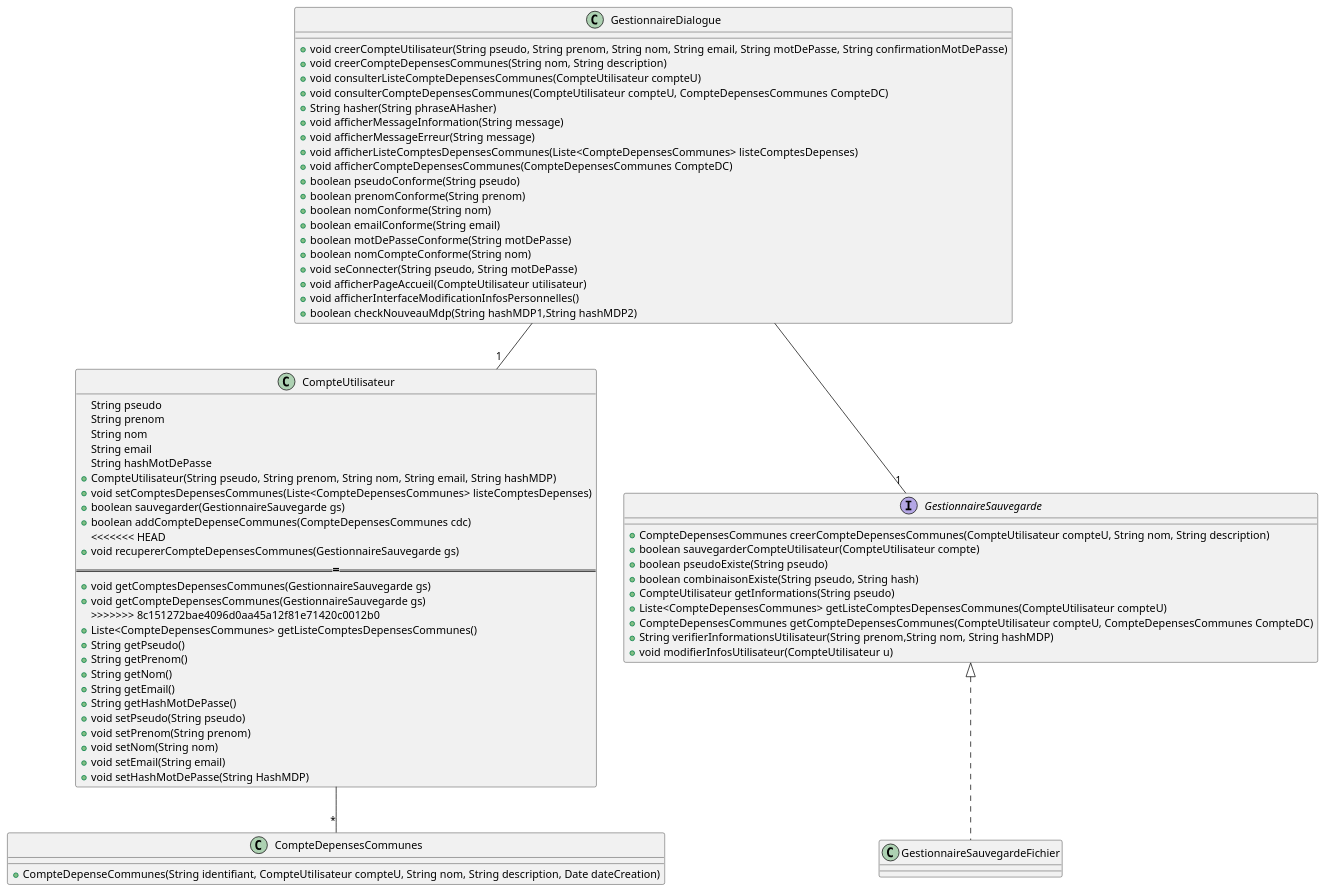
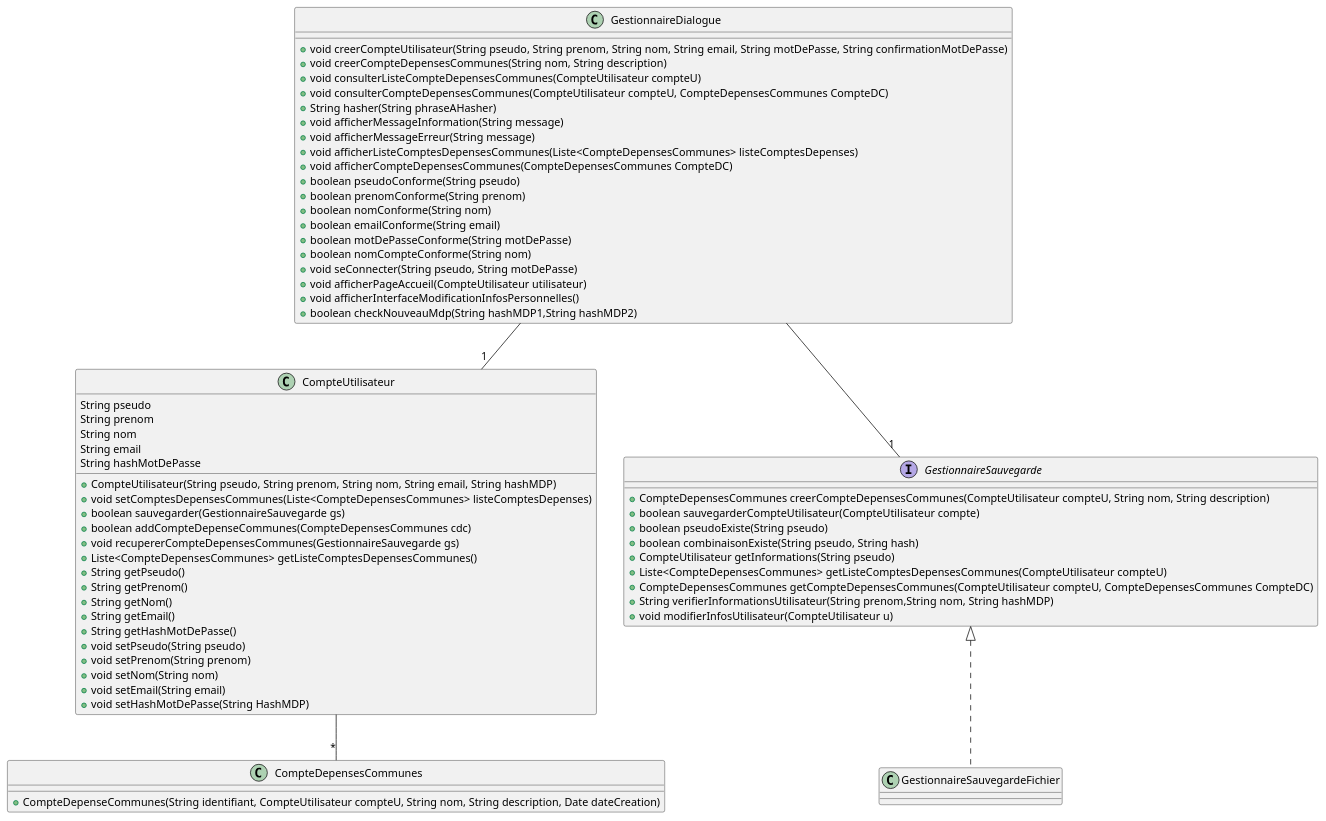
Before and after one commit to lmtb06/sharecount: the diagram in diagrammes/conception/classes.puml, drawn with PlantUML.

Commit message:
Diagramme de classes

```diff
--- a/diagrammes/conception/classes.puml
+++ b/diagrammes/conception/classes.puml
@@ -1,75 +1,70 @@
 @startuml Classes
 
 	class GestionnaireDialogue {
 		+void creerCompteUtilisateur(String pseudo, String prenom, String nom, String email, String motDePasse, String confirmationMotDePasse)
 		+void creerCompteDepensesCommunes(String nom, String description)
 		+void consulterListeCompteDepensesCommunes(CompteUtilisateur compteU)
 		+void consulterCompteDepensesCommunes(CompteUtilisateur compteU, CompteDepensesCommunes CompteDC)
 		+String hasher(String phraseAHasher)
 		+void afficherMessageInformation(String message)
 		+void afficherMessageErreur(String message)
 		+void afficherListeComptesDepensesCommunes(Liste<CompteDepensesCommunes> listeComptesDepenses)
 		+void afficherCompteDepensesCommunes(CompteDepensesCommunes CompteDC)
 		+boolean pseudoConforme(String pseudo)
 		+boolean prenomConforme(String prenom)
 		+boolean nomConforme(String nom)
 		+boolean emailConforme(String email)
 		+boolean motDePasseConforme(String motDePasse)
 		+boolean nomCompteConforme(String nom)
 		+void seConnecter(String pseudo, String motDePasse)
 		+void afficherPageAccueil(CompteUtilisateur utilisateur)
 		+void afficherInterfaceModificationInfosPersonnelles()
 		+boolean checkNouveauMdp(String hashMDP1,String hashMDP2)
 	}
 	GestionnaireDialogue --"1" CompteUtilisateur
 	GestionnaireDialogue --"1" GestionnaireSauvegarde
 
 	interface GestionnaireSauvegarde {
 		+CompteDepensesCommunes creerCompteDepensesCommunes(CompteUtilisateur compteU, String nom, String description)
 		+boolean sauvegarderCompteUtilisateur(CompteUtilisateur compte)
 		+boolean pseudoExiste(String pseudo)
 		+boolean combinaisonExiste(String pseudo, String hash)
 		+CompteUtilisateur getInformations(String pseudo)
 		+Liste<CompteDepensesCommunes> getListeComptesDepensesCommunes(CompteUtilisateur compteU)
 		+CompteDepensesCommunes getCompteDepensesCommunes(CompteUtilisateur compteU, CompteDepensesCommunes CompteDC)
 		+String verifierInformationsUtilisateur(String prenom,String nom, String hashMDP)
 		+void modifierInfosUtilisateur(CompteUtilisateur u)
 	}
 
 	class GestionnaireSauvegardeFichier implements GestionnaireSauvegarde {
 
 	}
 	class CompteUtilisateur {
 		String pseudo
 		String prenom
 		String nom
 		String email
 		String hashMotDePasse
 		+CompteUtilisateur(String pseudo, String prenom, String nom, String email, String hashMDP)
 		+void setComptesDepensesCommunes(Liste<CompteDepensesCommunes> listeComptesDepenses)
 		+boolean sauvegarder(GestionnaireSauvegarde gs)
 		+boolean addCompteDepenseCommunes(CompteDepensesCommunes cdc)
-<<<<<<< HEAD
 		+void recupererCompteDepensesCommunes(GestionnaireSauvegarde gs)
-=======
-		+void getComptesDepensesCommunes(GestionnaireSauvegarde gs)
-		+void getCompteDepensesCommunes(GestionnaireSauvegarde gs)
->>>>>>> 8c151272bae4096d0aa45a12f81e71420c0012b0
 		+Liste<CompteDepensesCommunes> getListeComptesDepensesCommunes()
 		+String getPseudo()
 		+String getPrenom()
 		+String getNom()
 		+String getEmail()
 		+String getHashMotDePasse()
 		+void setPseudo(String pseudo)
 		+void setPrenom(String prenom)
 		+void setNom(String nom)
 		+void setEmail(String email)
 		+void setHashMotDePasse(String HashMDP)
 	}
 	CompteUtilisateur --"*" CompteDepensesCommunes
 	class CompteDepensesCommunes {
 		+CompteDepenseCommunes(String identifiant, CompteUtilisateur compteU, String nom, String description, Date dateCreation)
 	}
 
 @enduml
```
